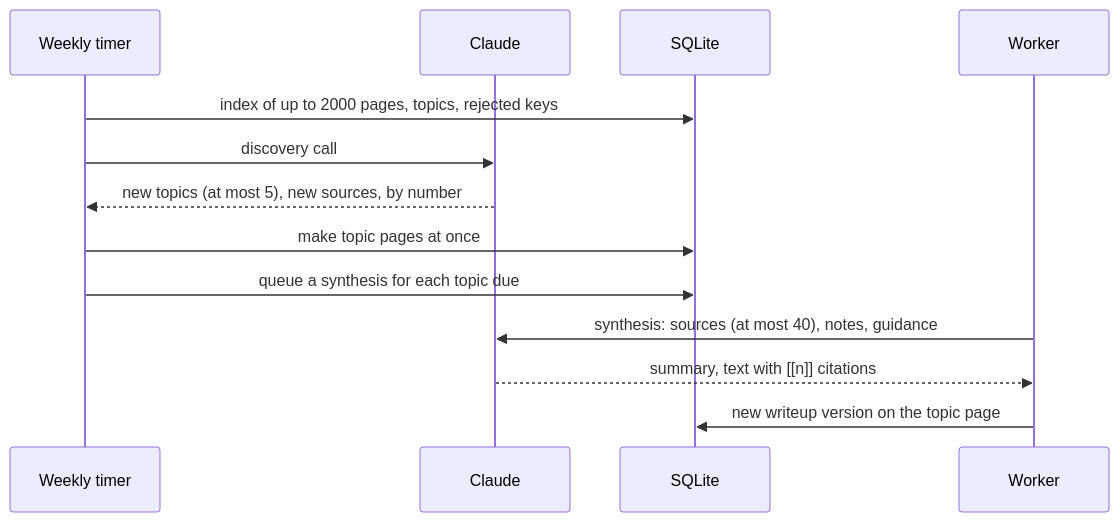
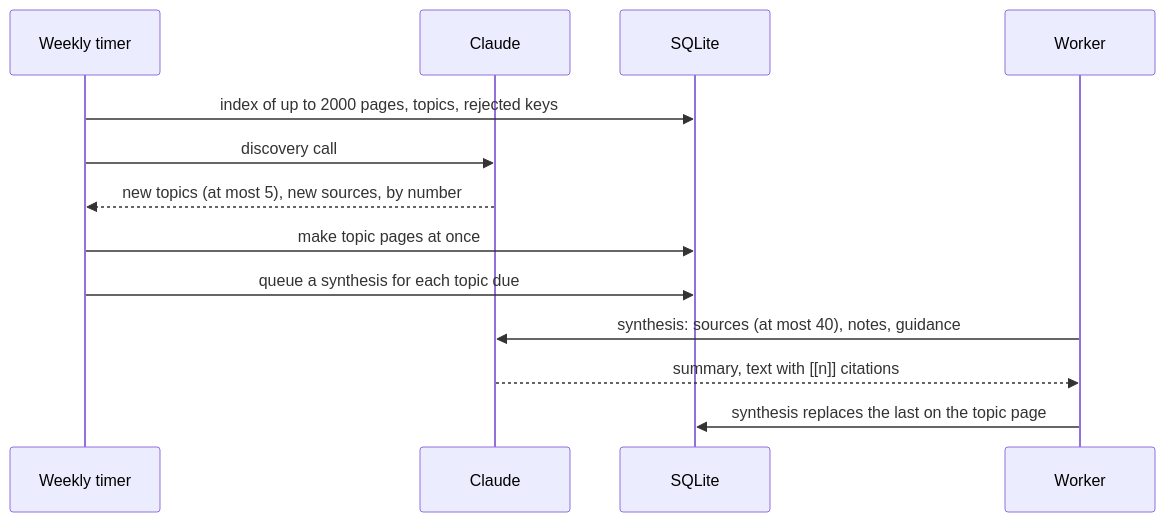
Before and after one commit to gilesknap/scrap: the sixth of 6 diagrams in docs/explanations/ingest.md, drawn with Mermaid. The commit also changed other lines of this file and 46 other files, not shown here.

````diff
--- a/docs/explanations/ingest.md
+++ b/docs/explanations/ingest.md
@@ -820,16 +821,16 @@
 ```mermaid
 sequenceDiagram
     participant T as Weekly timer
     participant CL as Claude
     participant DB as SQLite
     participant W as Worker
 
     T->>DB: index of up to 2000 pages, topics, rejected keys
     T->>CL: discovery call
     CL-->>T: new topics (at most 5), new sources, by number
     T->>DB: make topic pages at once
     T->>DB: queue a synthesis for each topic due
     W->>CL: synthesis: sources (at most 40), notes, guidance
     CL-->>W: summary, text with [[n]] citations
-    W->>DB: new writeup version on the topic page
+    W->>DB: synthesis replaces the last on the topic page
 ```
````
